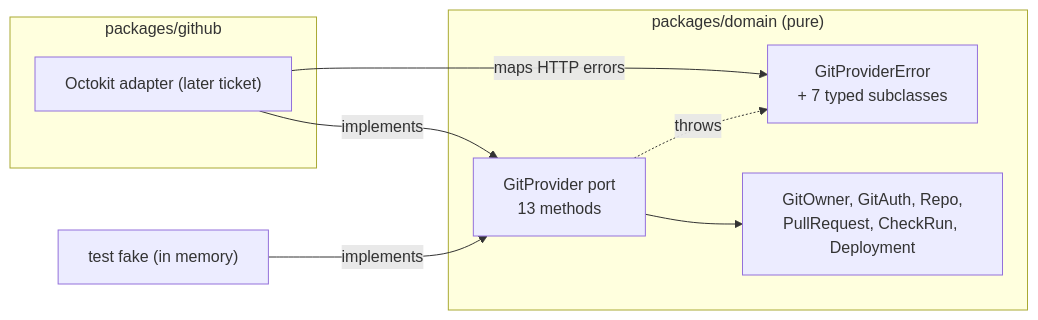
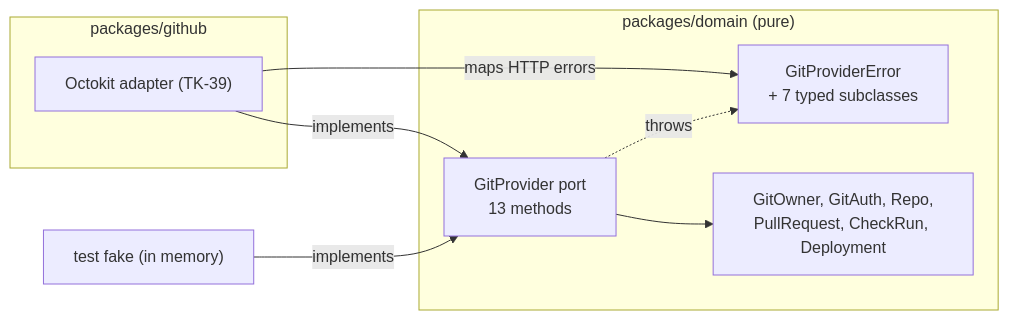
Before and after one commit to koklo-dev/koklo: diagram 21 of 27 in docs/architecture.md, drawn with Mermaid. The commit also changed other lines of this file and 51 other files, not shown here.

````diff
--- a/docs/architecture.md
+++ b/docs/architecture.md
@@ -635,17 +635,17 @@
 ```mermaid
 flowchart LR
   subgraph domain["packages/domain (pure)"]
     Port["GitProvider port<br/>13 methods"]
     Types["GitOwner, GitAuth, Repo,<br/>PullRequest, CheckRun, Deployment"]
     Errors["GitProviderError<br/>+ 7 typed subclasses"]
     Port --> Types
     Port -. throws .-> Errors
   end
   subgraph github["packages/github"]
-    Adapter["Octokit adapter (later ticket)"]
+    Adapter["Octokit adapter (TK-39)"]
   end
   Fake["test fake (in memory)"]
   Adapter -- implements --> Port
   Fake -- implements --> Port
   Adapter -- maps HTTP errors --> Errors
 ```
````
